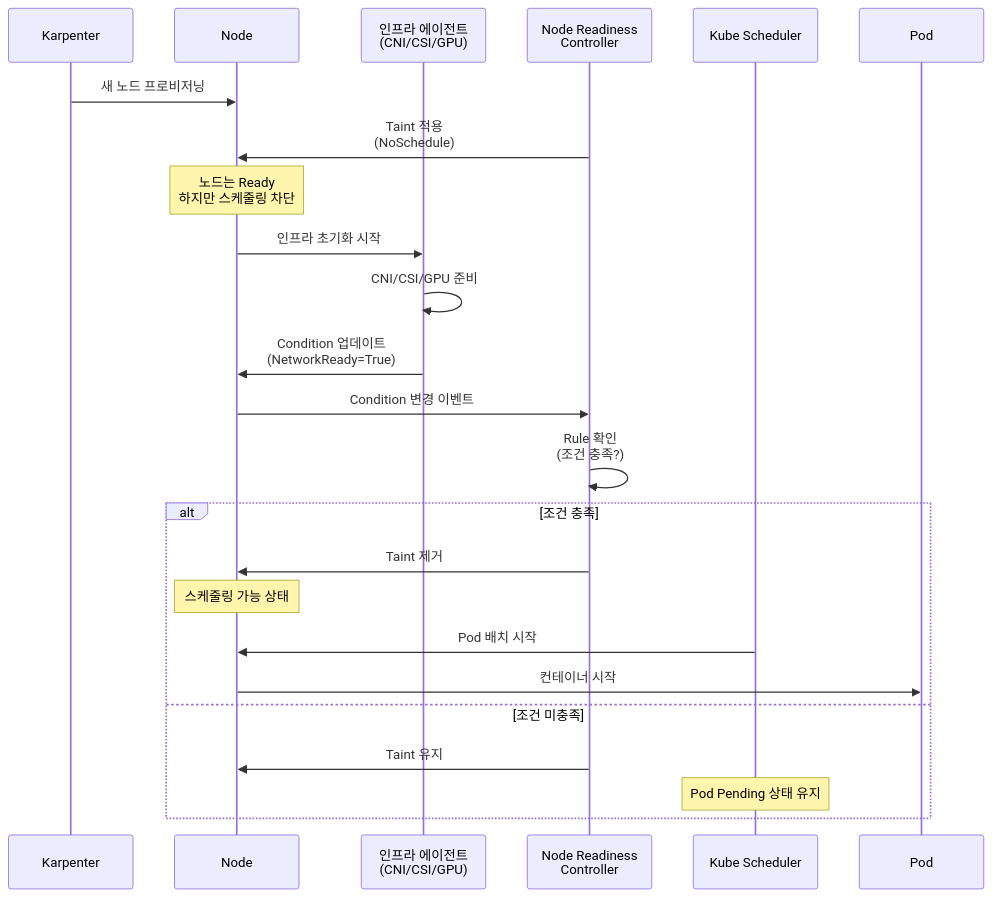
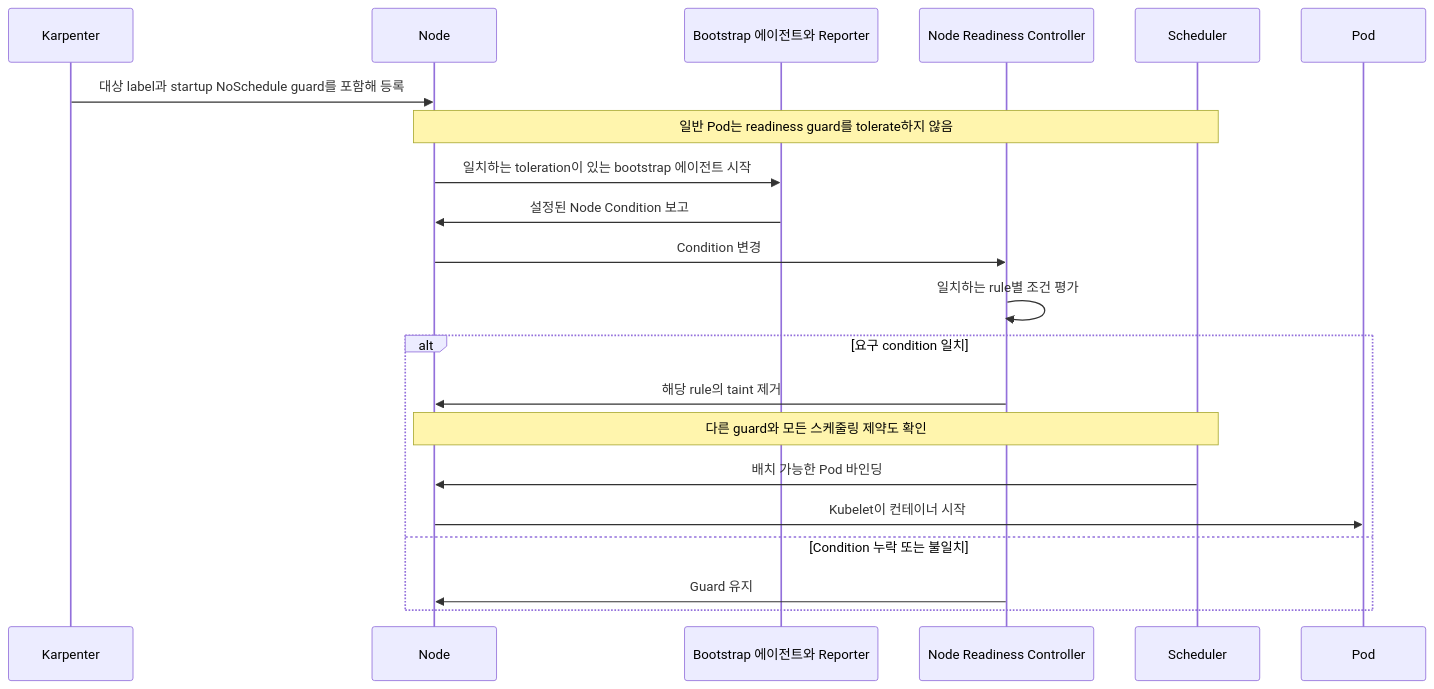
Before and after one commit to devfloor9/engineering-playbook: diagram 11 of 12 in docs/eks-best-practices/operations-reliability/eks-pod-scheduling-availability.md, drawn with Mermaid. The commit also changed other lines of this file and 4 other files, not shown here.

First line of the commit message:
Correct node ownership, pressure eviction and readiness examples

````diff
--- a/docs/eks-best-practices/operations-reliability/eks-pod-scheduling-availability.md
+++ b/docs/eks-best-practices/operations-reliability/eks-pod-scheduling-availability.md
@@ -4686,32 +4708,23 @@
 ```mermaid
 sequenceDiagram
     participant Karpenter
     participant Node
-    participant InfraAgent as 인프라 에이전트<br/>(CNI/CSI/GPU)
-    participant NRC as Node Readiness<br/>Controller
-    participant Scheduler as Kube Scheduler
+    participant Reporter as Bootstrap 에이전트와 Reporter
+    participant NRC as Node Readiness Controller
+    participant Scheduler
     participant Pod
-
-    Karpenter->>Node: 새 노드 프로비저닝
-    NRC->>Node: Taint 적용<br/>(NoSchedule)
-
-    Note over Node: 노드는 Ready<br/>하지만 스케줄링 차단
-
-    Node->>InfraAgent: 인프라 초기화 시작
-    InfraAgent->>InfraAgent: CNI/CSI/GPU 준비
-
-    InfraAgent->>Node: Condition 업데이트<br/>(NetworkReady=True)
-
-    Node->>NRC: Condition 변경 이벤트
-    NRC->>NRC: Rule 확인<br/>(조건 충족?)
-
-    alt 조건 충족
-        NRC->>Node: Taint 제거
-        Note over Node: 스케줄링 가능 상태
-        Scheduler->>Node: Pod 배치 시작
-        Node->>Pod: 컨테이너 시작
-    else 조건 미충족
-        NRC->>Node: Taint 유지
-        Note over Scheduler: Pod Pending 상태 유지
+    Karpenter->>Node: 대상 label과 startup NoSchedule guard를 포함해 등록
+    Note over Node,Scheduler: 일반 Pod는 readiness guard를 tolerate하지 않음
+    Node->>Reporter: 일치하는 toleration이 있는 bootstrap 에이전트 시작
+    Reporter->>Node: 설정된 Node Condition 보고
+    Node->>NRC: Condition 변경
+    NRC->>NRC: 일치하는 rule별 조건 평가
+    alt 요구 condition 일치
+        NRC->>Node: 해당 rule의 taint 제거
+        Note over Node,Scheduler: 다른 guard와 모든 스케줄링 제약도 확인
+        Scheduler->>Node: 배치 가능한 Pod 바인딩
+        Node->>Pod: Kubelet이 컨테이너 시작
+    else Condition 누락 또는 불일치
+        NRC->>Node: Guard 유지
     end
 ```
````
